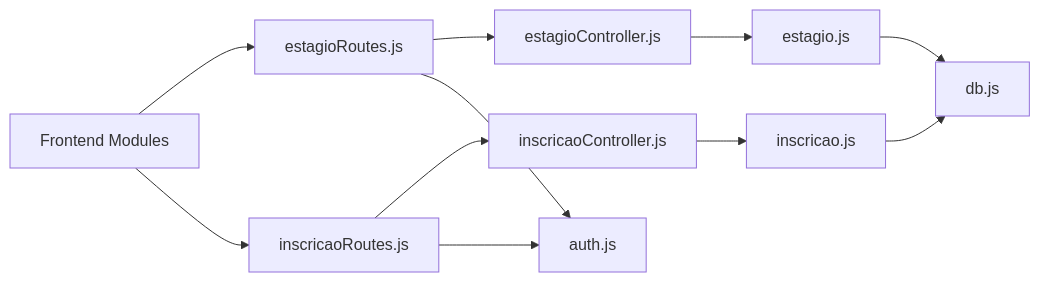
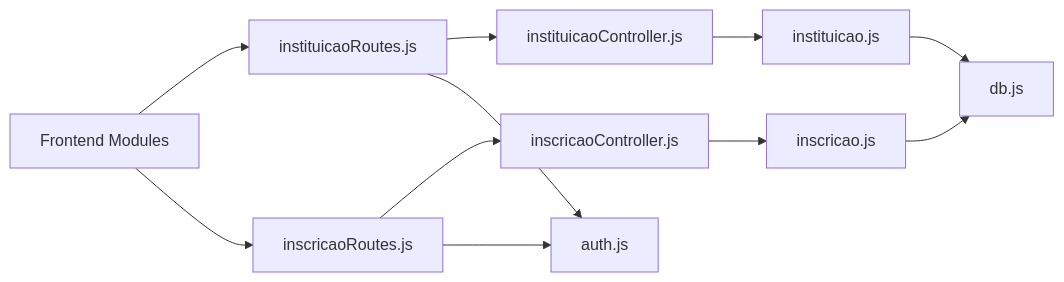
The eighth of 8 diagrams in .qoder/repowiki/en/content/Core Features Implementation/Internship Management.md (luiseduacosta/nodemural), drawn with Mermaid before and after one commit. The commit also changed other lines of this file and 25 other files, not shown here.

````diff
--- a/.qoder/repowiki/en/content/Core Features Implementation/Internship Management.md
+++ b/.qoder/repowiki/en/content/Core Features Implementation/Internship Management.md
@@ -381,13 +381,13 @@
 ```mermaid
 graph LR
-FE["Frontend Modules"] --> R_E["estagioRoutes.js"]
+FE["Frontend Modules"] --> R_E["instituicaoRoutes.js"]
 FE --> R_I["inscricaoRoutes.js"]
-R_E --> C_E["estagioController.js"]
+R_E --> C_E["instituicaoController.js"]
 R_I --> C_I["inscricaoController.js"]
-C_E --> M_E["estagio.js"]
+C_E --> M_E["instituicao.js"]
 C_I --> M_I["inscricao.js"]
 M_E --> DB["db.js"]
 M_I --> DB
 R_I --> MW["auth.js"]
 R_E --> MW
 ```
````
